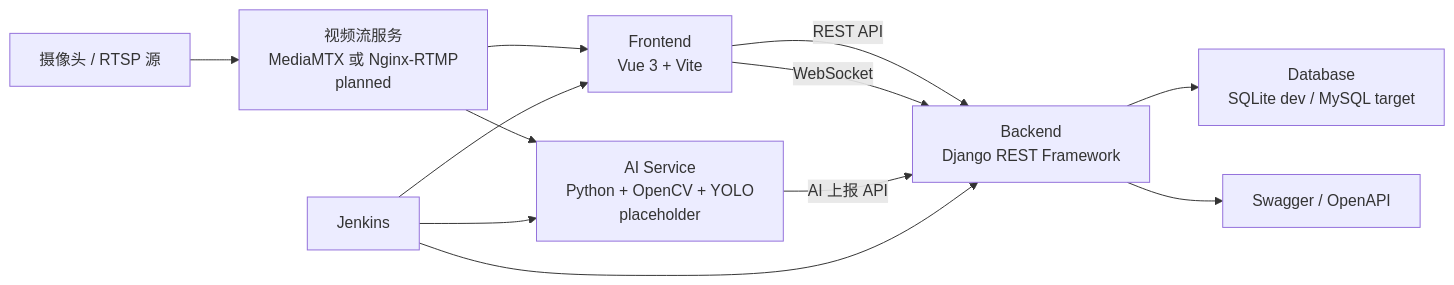
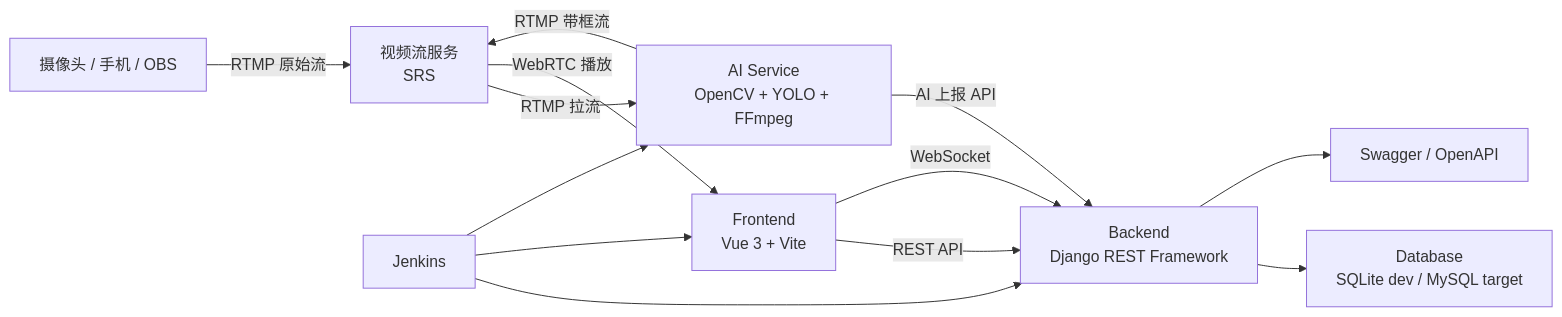
One commit to YuzhSong/FactoryVision changed the first of 3 diagrams in docs/03-architecture-design.md. Above: the diagram before and after it, drawn with Mermaid. The commit also changed other lines of this file and 20 other files, not shown here.

````diff
--- a/docs/03-architecture-design.md
+++ b/docs/03-architecture-design.md
@@ -17,14 +17,15 @@
 ```mermaid
 flowchart LR
-    Camera["摄像头 / RTSP 源"] --> Stream["视频流服务<br/>MediaMTX 或 Nginx-RTMP<br/>planned"]
-    Stream --> Frontend["Frontend<br/>Vue 3 + Vite"]
-    Stream --> AI["AI Service<br/>Python + OpenCV + YOLO<br/>placeholder"]
+    Camera["摄像头 / 手机 / OBS"] -->|RTMP 原始流| Stream["视频流服务<br/>SRS"]
+    Stream -->|RTMP 拉流| AI["AI Service<br/>OpenCV + YOLO + FFmpeg"]
+    AI -->|RTMP 带框流| Stream
+    Stream -->|WebRTC 播放| Frontend["Frontend<br/>Vue 3 + Vite"]
     Frontend -->|REST API| Backend["Backend<br/>Django REST Framework"]
     Frontend -->|WebSocket| Backend
     AI -->|AI 上报 API| Backend
     Backend --> DB["Database<br/>SQLite dev / MySQL target"]
     Backend --> Swagger["Swagger / OpenAPI"]
     Jenkins["Jenkins"] --> Backend
     Jenkins --> Frontend
     Jenkins --> AI
 ```
````
